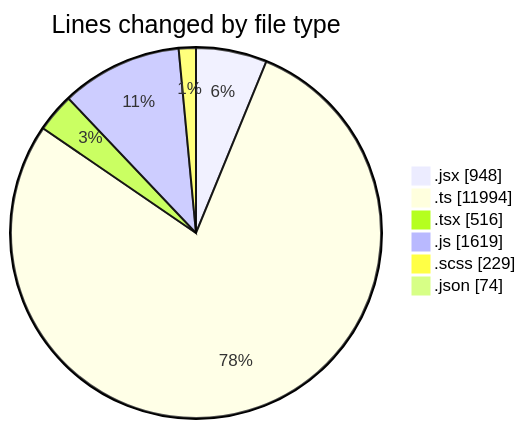
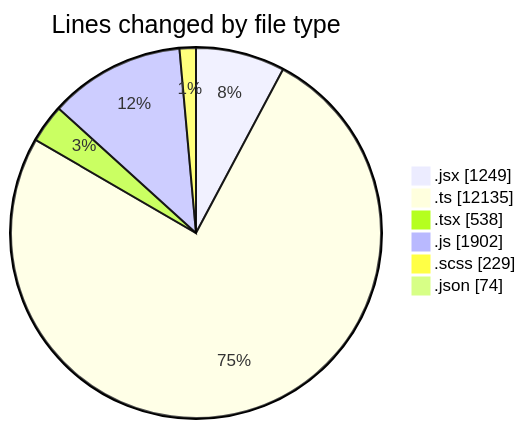
One commit to momahboobian/code-tracking changed the first of 2 diagrams in 2025-06-05/cda/README.md. Above: the diagram before and after it, drawn with Mermaid. The commit also changed other lines of this file and 1 other file, not shown here.

````diff
--- a/2025-06-05/cda/README.md
+++ b/2025-06-05/cda/README.md
@@ -38,10 +39,10 @@
 ```mermaid
 pie showData
 title Lines changed by file type
-".jsx" : 948
-".ts" : 11994
-".tsx" : 516
-".js" : 1619
+".jsx" : 1249
+".ts" : 12135
+".tsx" : 538
+".js" : 1902
 ".scss" : 229
 ".json" : 74
 ```
````
